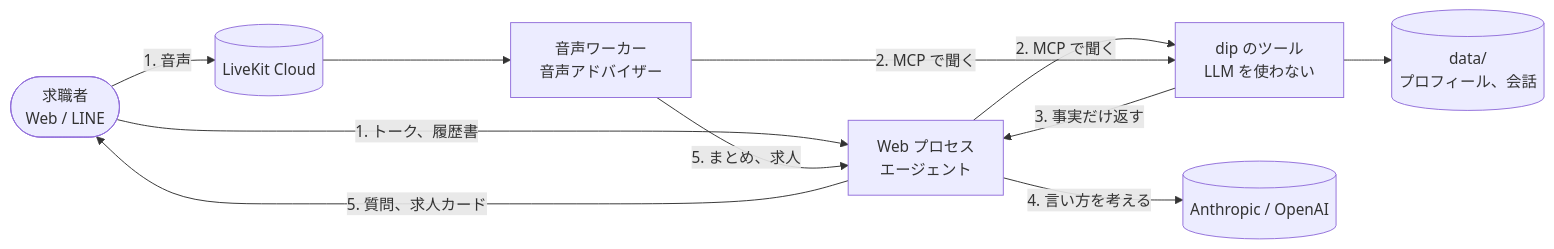
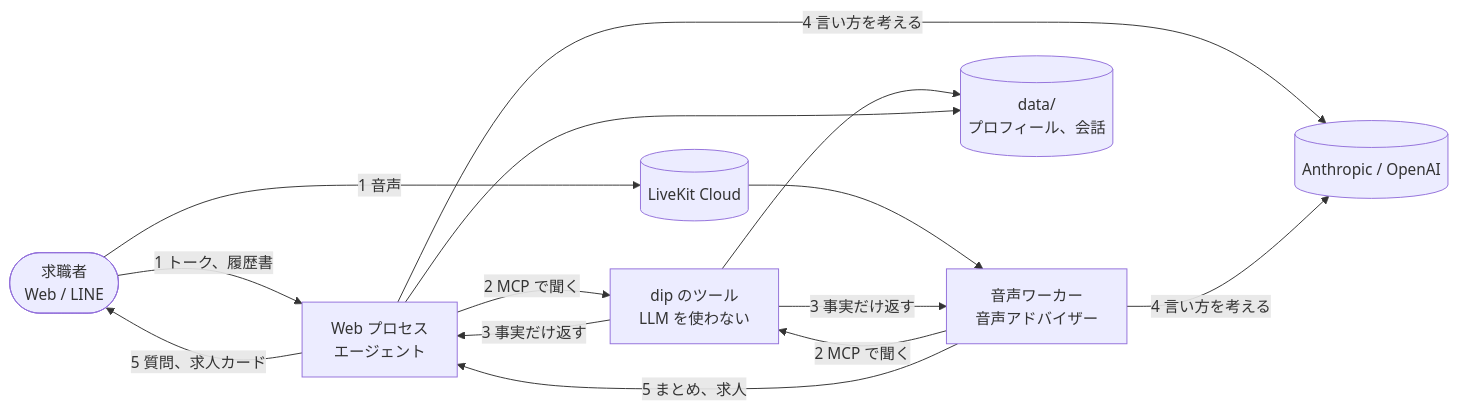
The diagram in README.md (jyoka/aica), drawn with Mermaid before and after one commit. The commit also changed other lines of this file and 5 other files, not shown here.

First line of the commit message:
レビューの指摘を直す: 図の矢印、公開の注意書き、1 文

````diff
--- a/README.md
+++ b/README.md
@@ -20,12 +20,15 @@
 ```mermaid
 flowchart LR
-    you(["求職者<br/>Web / LINE"]) -- "1. トーク、履歴書" --> web["Web プロセス<br/>エージェント"]
-    you -- "1. 音声" --> lk[("LiveKit Cloud")] --> worker["音声ワーカー<br/>音声アドバイザー"]
-    web -- "2. MCP で聞く" --> dip["dip のツール<br/>LLM を使わない"]
-    worker -- "2. MCP で聞く" --> dip
-    dip -- "3. 事実だけ返す" --> web
-    web -- "4. 言い方を考える" --> llm[("Anthropic / OpenAI")]
-    web -- "5. 質問、求人カード" --> you
-    worker -- "5. まとめ、求人" --> web
+    you(["求職者<br/>Web / LINE"]) -- "1 トーク、履歴書" --> web["Web プロセス<br/>エージェント"]
+    you -- "1 音声" --> lk[("LiveKit Cloud")] --> worker["音声ワーカー<br/>音声アドバイザー"]
+    web -- "2 MCP で聞く" --> dip["dip のツール<br/>LLM を使わない"]
+    worker -- "2 MCP で聞く" --> dip
+    dip -- "3 事実だけ返す" --> web
+    dip -- "3 事実だけ返す" --> worker
+    web -- "4 言い方を考える" --> llm[("Anthropic / OpenAI")]
+    worker -- "4 言い方を考える" --> llm
+    web -- "5 質問、求人カード" --> you
+    worker -- "5 まとめ、求人" --> web
     dip --> data[("data/<br/>プロフィール、会話")]
+    web --> data
 ```
````
